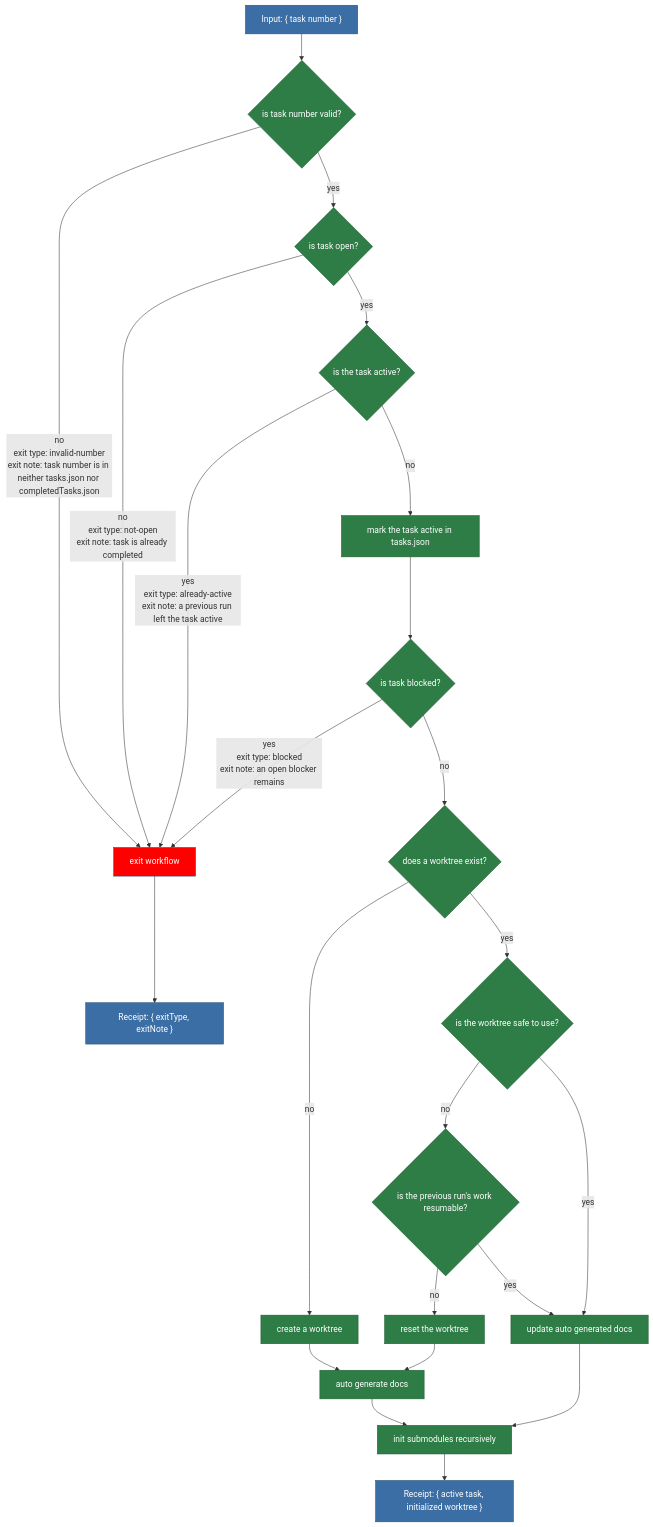
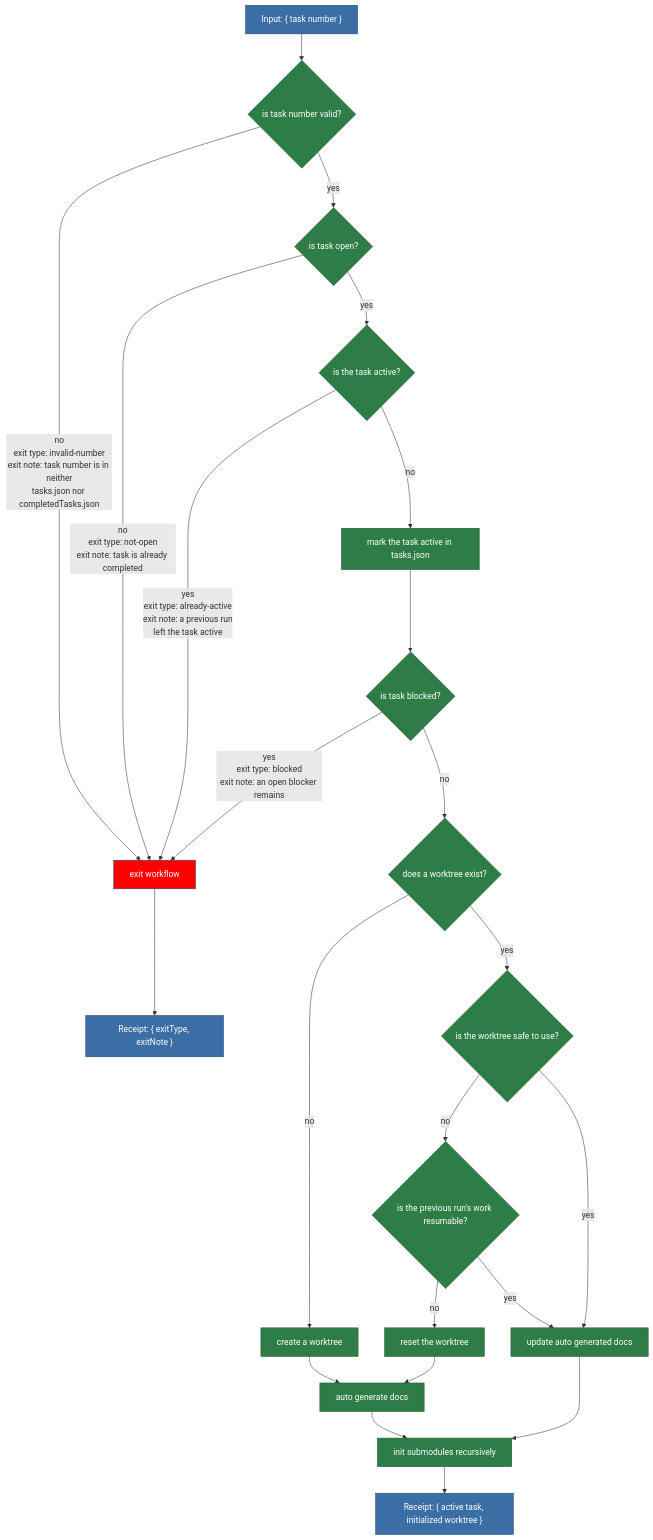
One commit to matkatmusic/taskTools changed the diagram in plans/diagram/pipeline-preamble.mmd. Above: the diagram before and after it, drawn with Mermaid. The commit also changed 4 other files, not shown here.

Commit message:
switched back to dagre engine for pipeline diagrams

```diff
--- a/plans/diagram/pipeline-preamble.mmd
+++ b/plans/diagram/pipeline-preamble.mmd
@@ -1,78 +1,78 @@
 flowchart TB
 %% PREAMBLE PIPELINE. Split from pipeline.mmd. Starts at the task number.
 %% Ends with an active task and an initialized worktree, or with an exit.
 %% Rules that apply everywhere, not steps:
 %%   1. Every git interaction goes through a script. Never prose.
 %%   2. Every read and write of tasks.json is atomic.
 %%   3. A script that fails operationally, as opposed to returning a verdict,
 %%      exits the run as run-failed. No step is retried after it has mutated
 %%      anything. How far the exit workflow can run depends on where the failure
 %%      happened, and there are three cases in this phase:
 %%        before the task is active - report and stop; there is no run to write to
 %%        active, no worktree      - exit workflow runs; modified files records []
 %%        active, with worktree    - exit workflow runs in full
 %%   4. A mutating box whose result is lost is never blindly retried and never
 %%      assumed failed. Each one has a read-only reconciliation check that reads
 %%      the world and decides whether it already happened. A safe idempotent
 %%      rerun happens only after reconciliation proves it did not complete. Only
 %%      an ambiguous loss is run-failed.
 %%   5. A task stays unavailable to another run from "mark the task active" until its
 %%      archive lands. "is the task active?" and "mark the task active" are drawn as two
 %%      boxes but are one atomic read-modify-write of tasks.json under rule 2: nothing can
 %%      make the task active between the two.
 %% Diamond definitions where the name alone is not enough:
 %%   is the worktree safe to use?      - structural: it opens, it is on the task's
 %%                                       branch, its submodules are intact
 %%   is the previous run's work resumable?
 %%                                     - did the previous implementor record where
 %%                                       in the plan it stopped?
 %% Exit types this pipeline can produce:
 %%   invalid-number     - not in tasks.json or completedTasks.json
 %%   not-open           - already completed
 %%   already-active     - a previous run left the task active
 %%   blocked            - an open blocker remains
 %%   run-failed         - a script failed operationally
 %% run-failed is deliberately not drawn as an edge. It can leave ANY green box,
 %% so drawing it would add one edge per box and hide the flow. Rule 3 is its
 %% specification: a non-zero exit from any script goes straight to the exit
 %% workflow with exit type run-failed and the script's stderr as the note.
 %% Every exit here goes to the exit workflow, which picks its own tail.
 %% invalid-number, not-open and already-active are the only exits that write
 %% nothing to tasks.json: the first two have no open task record to write to, and
 %% the third must not touch a run that belongs to another invocation. The exit
 %% workflow gives those three its report-only tail; blocked and run-failed get
 %% the full tail. That choice is drawn there, not here.
 %% The active task and initialized worktree this pipeline emits are the input to
 %% the planning pipeline.
 
   TASKNUM["Input: { task number }"] --> QV
-  QV{"is task number valid?"} -- "no<br/>exit type: invalid-number<br/>exit note: task number is in neither tasks.json nor completedTasks.json" --> EXITWF
+  QV{"is task number valid?"} -- "no<br/>exit type: invalid-number<br/>exit note: task number is in neither<br/>tasks.json nor completedTasks.json" --> EXITWF
   QV -- yes --> Q0{"is task open?"}
   Q0 -- "no<br/>exit type: not-open<br/>exit note: task is already completed" --> EXITWF
   Q0 -- yes --> QA{"is the task active?"}
-  QA -- "yes<br/>exit type: already-active<br/>exit note: a previous run left the task active" --> EXITWF
+  QA -- "yes<br/>exit type: already-active<br/>exit note: a previous run<br/>left the task active" --> EXITWF
   QA -- no --> MARK["mark the task active in tasks.json"]
   MARK --> QB{"is task blocked?"}
   QB -- "yes<br/>exit type: blocked<br/>exit note: an open blocker remains" --> EXITWF
   QB -- no --> Q1{"does a worktree exist?"}
   Q1 -- no --> NEW["create a worktree"]
   NEW --> GEN["auto generate docs"]
   GEN --> INIT
   Q1 -- yes --> QS{"is the worktree safe to use?"}
   QS -- no --> QRS{"is the previous run's work resumable?"}
   QRS -- no --> RESET["reset the worktree"]
   RESET --> GEN
   QRS -- yes --> UPD
   QS -- yes --> UPD["update auto generated docs"]
   UPD --> INIT["init submodules recursively"]
   INIT --> RECEIPT["Receipt: { active task, initialized worktree }"]
 
   EXITWF["exit workflow"] --> FAIL_RECEIPT["Receipt: { exitType, exitNote }" ]
 
   classDef script fill:#2f7d46,stroke:#1e5c31,color:#ffffff
   classDef prose fill:#e0b400,stroke:#a88600,color:#1a1a1a
   classDef output fill:#3b6ea5,stroke:#254a70,color:#ffffff
   classDef fail fill:red,stroke:#254a70,color:#ffffff
   class QV,Q0,QA,MARK,QB,Q1,NEW,GEN,QS,QRS,RESET,UPD,INIT script
   class EXITWF fail
   class TASKNUM,RECEIPT,FAIL_RECEIPT output
```
